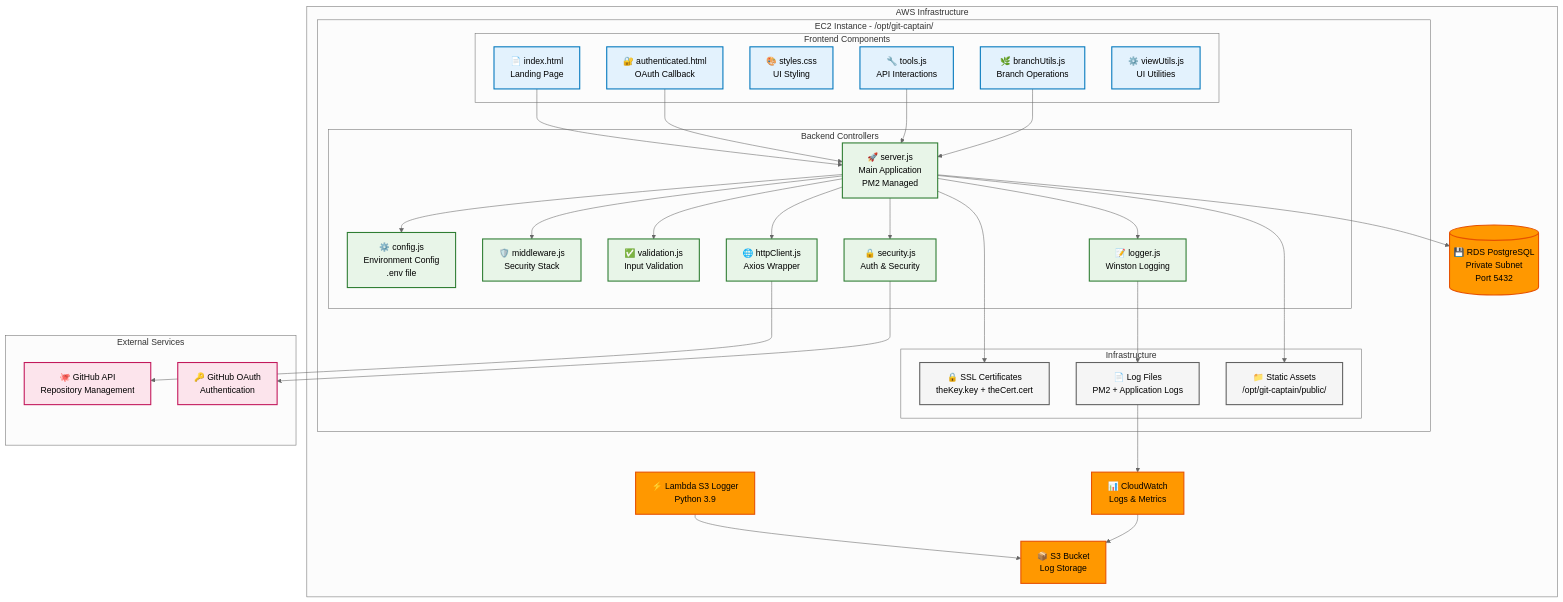
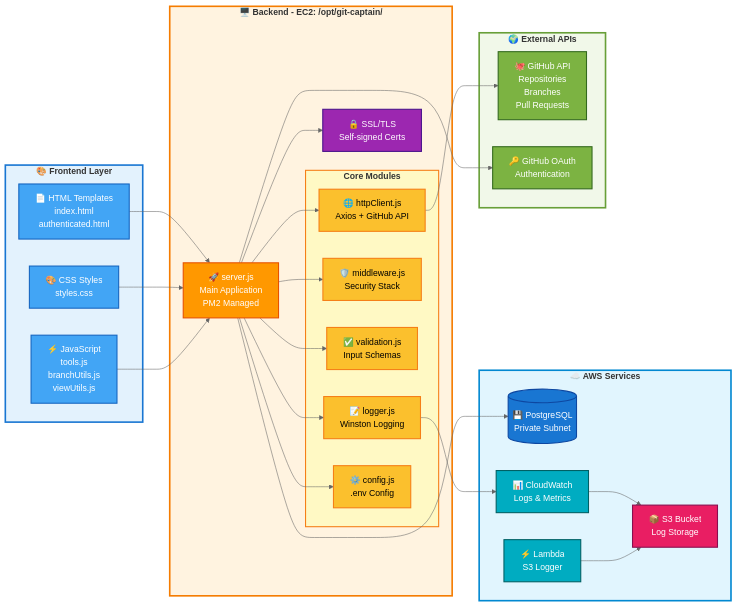
Before and after one commit to Joe-Tavarez/Git-Captain: the fourth of 11 diagrams in docs/ARCHITECTURE.md, drawn with Mermaid (neutral theme). The commit also changed other lines of this file, not shown here.

Commit message:
more updates to diagrams

````diff
--- a/docs/ARCHITECTURE.md
+++ b/docs/ARCHITECTURE.md
@@ -242,76 +261,76 @@
 ```mermaid
-graph TB
-    subgraph "AWS Infrastructure"
-        subgraph "EC2 Instance - /opt/git-captain/"
-            subgraph "Frontend Components"
-                Index[📄 index.html<br/>Landing Page]
-                Auth[🔐 authenticated.html<br/>OAuth Callback]
-                CSS[🎨 styles.css<br/>UI Styling]
-                Tools[🔧 tools.js<br/>API Interactions]
-                Branch[🌿 branchUtils.js<br/>Branch Operations]
-                Utils[⚙️ viewUtils.js<br/>UI Utilities]
-            end
-
-            subgraph "Backend Controllers"
-                Server[🚀 server.js<br/>Main Application<br/>PM2 Managed]
-                Config[⚙️ config.js<br/>Environment Config<br/>.env file]
-                Middleware[🛡️ middleware.js<br/>Security Stack]
-                Validation[✅ validation.js<br/>Input Validation]
-                Logger[📝 logger.js<br/>Winston Logging]
-                HttpClient[🌐 httpClient.js<br/>Axios Wrapper]
-                Security[🔒 security.js<br/>Auth & Security]
-            end
-            
-            subgraph "Infrastructure"
-                SSL[🔒 SSL Certificates<br/>theKey.key + theCert.cert]
-                Logs[📄 Log Files<br/>PM2 + Application Logs]
-                Static[📁 Static Assets<br/>/opt/git-captain/public/]
-            end
+graph LR
+    subgraph Frontend["<b>🎨 Frontend Layer</b>"]
+        HTML[📄 HTML Templates<br/>index.html<br/>authenticated.html]
+        CSS[🎨 CSS Styles<br/>styles.css]
+        JS[⚡ JavaScript<br/>tools.js<br/>branchUtils.js<br/>viewUtils.js]
+    end
+    
+    subgraph Backend["<b>🖥️ Backend - EC2: /opt/git-captain/</b>"]
+        Server[🚀 server.js<br/>Main Application<br/>PM2 Managed]
+        
+        subgraph Core["<b>Core Modules</b>"]
+            HTTP[🌐 httpClient.js<br/>Axios + GitHub API]
+            MW[🛡️ middleware.js<br/>Security Stack]
+            Val[✅ validation.js<br/>Input Schemas]
+            Log[📝 logger.js<br/>Winston Logging]
+            Cfg[⚙️ config.js<br/>.env Config]
         end
         
-        RDS[(💾 RDS PostgreSQL<br/>Private Subnet<br/>Port 5432)]
-        Lambda[⚡ Lambda S3 Logger<br/>Python 3.9]
-        CloudWatch[📊 CloudWatch<br/>Logs & Metrics]
+        SSL[🔒 SSL/TLS<br/>Self-signed Certs]
+    end
+    
+    subgraph AWS["<b>☁️ AWS Services</b>"]
+        RDS[(💾 PostgreSQL<br/>Private Subnet)]
+        Lambda[⚡ Lambda<br/>S3 Logger]
+        CW[📊 CloudWatch<br/>Logs & Metrics]
         S3[📦 S3 Bucket<br/>Log Storage]
     end
     
-    subgraph "External Services"
-        GitHubAPI[🐙 GitHub API<br/>Repository Management]
+    subgraph External["<b>🌍 External APIs</b>"]
+        GH[🐙 GitHub API<br/>Repositories<br/>Branches<br/>Pull Requests]
         OAuth[🔑 GitHub OAuth<br/>Authentication]
     end
-
-    Index --> Server
-    Auth --> Server
-    Tools --> Server
-    Branch --> Server
     
-    Server --> Config
-    Server --> Middleware
-    Server --> Validation
-    Server --> Logger
-    Server --> HttpClient
-    Server --> Security
+    HTML --> Server
+    CSS --> Server
+    JS --> Server
     
-    HttpClient --> GitHubAPI
-    Security --> OAuth
-    
+    Server --> HTTP
+    Server --> MW
+    Server --> Val
+    Server --> Log
+    Server --> Cfg
     Server --> SSL
     Server --> RDS
-    Logger --> Logs
-    Logs --> CloudWatch
-    Server --> Static
+    
+    Log --> CW
+    CW --> S3
     Lambda --> S3
-    CloudWatch --> S3
-
-    classDef frontend fill:#e3f2fd,stroke:#0277bd,stroke-width:2px
-    classDef backend fill:#e8f5e8,stroke:#2e7d32,stroke-width:2px
-    classDef external fill:#fce4ec,stroke:#c2185b,stroke-width:2px
-    classDef infra fill:#f5f5f5,stroke:#616161,stroke-width:2px
-    classDef aws fill:#ff9800,stroke:#e65100,stroke-width:2px
-
-    class Index,Auth,CSS,Tools,Branch,Utils frontend
-    class Server,Config,Middleware,Validation,Logger,HttpClient,Security backend
-    class GitHubAPI,OAuth external
-    class SSL,Logs,Static infra
-    class RDS,Lambda,CloudWatch,S3 aws
+    
+    HTTP --> GH
+    Server --> OAuth
+    
+    style Frontend fill:#e3f2fd,stroke:#1976d2,stroke-width:3px
+    style Backend fill:#fff3e0,stroke:#f57c00,stroke-width:3px
+    style Core fill:#fff9c4,stroke:#f57f17,stroke-width:2px
+    style AWS fill:#e1f5fe,stroke:#0288d1,stroke-width:3px
+    style External fill:#f1f8e9,stroke:#689f38,stroke-width:3px
+    
+    style HTML fill:#42a5f5,stroke:#1565c0,stroke-width:2px,color:#fff
+    style CSS fill:#42a5f5,stroke:#1565c0,stroke-width:2px,color:#fff
+    style JS fill:#42a5f5,stroke:#1565c0,stroke-width:2px,color:#fff
+    style Server fill:#ff9800,stroke:#e65100,stroke-width:2px,color:#fff
+    style HTTP fill:#fbc02d,stroke:#f57f17,stroke-width:2px
+    style MW fill:#fbc02d,stroke:#f57f17,stroke-width:2px
+    style Val fill:#fbc02d,stroke:#f57f17,stroke-width:2px
+    style Log fill:#fbc02d,stroke:#f57f17,stroke-width:2px
+    style Cfg fill:#fbc02d,stroke:#f57f17,stroke-width:2px
+    style SSL fill:#9c27b0,stroke:#4a148c,stroke-width:2px,color:#fff
+    style RDS fill:#1976d2,stroke:#0d47a1,stroke-width:2px,color:#fff
+    style Lambda fill:#00acc1,stroke:#006064,stroke-width:2px,color:#fff
+    style CW fill:#00acc1,stroke:#006064,stroke-width:2px,color:#fff
+    style S3 fill:#e91e63,stroke:#880e4f,stroke-width:2px,color:#fff
+    style GH fill:#7cb342,stroke:#33691e,stroke-width:2px,color:#fff
+    style OAuth fill:#7cb342,stroke:#33691e,stroke-width:2px,color:#fff
 ```
````
